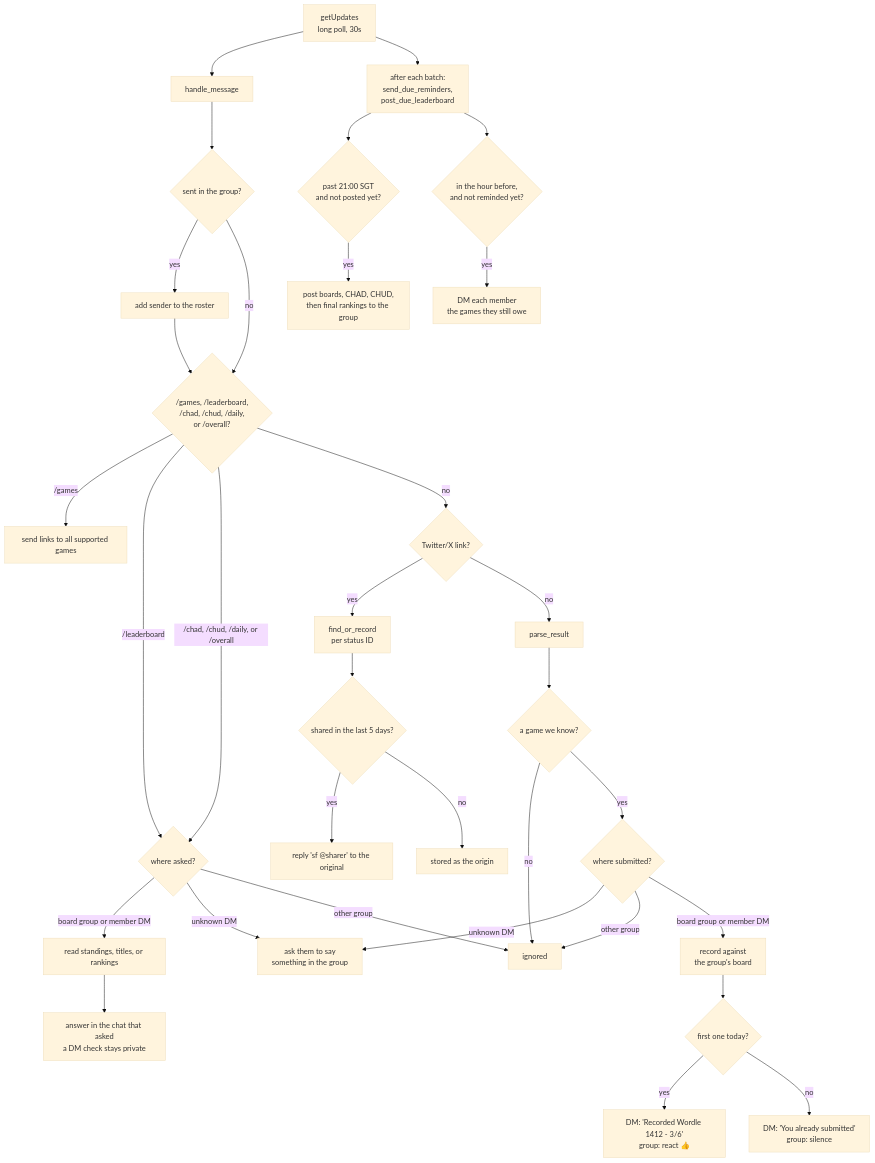
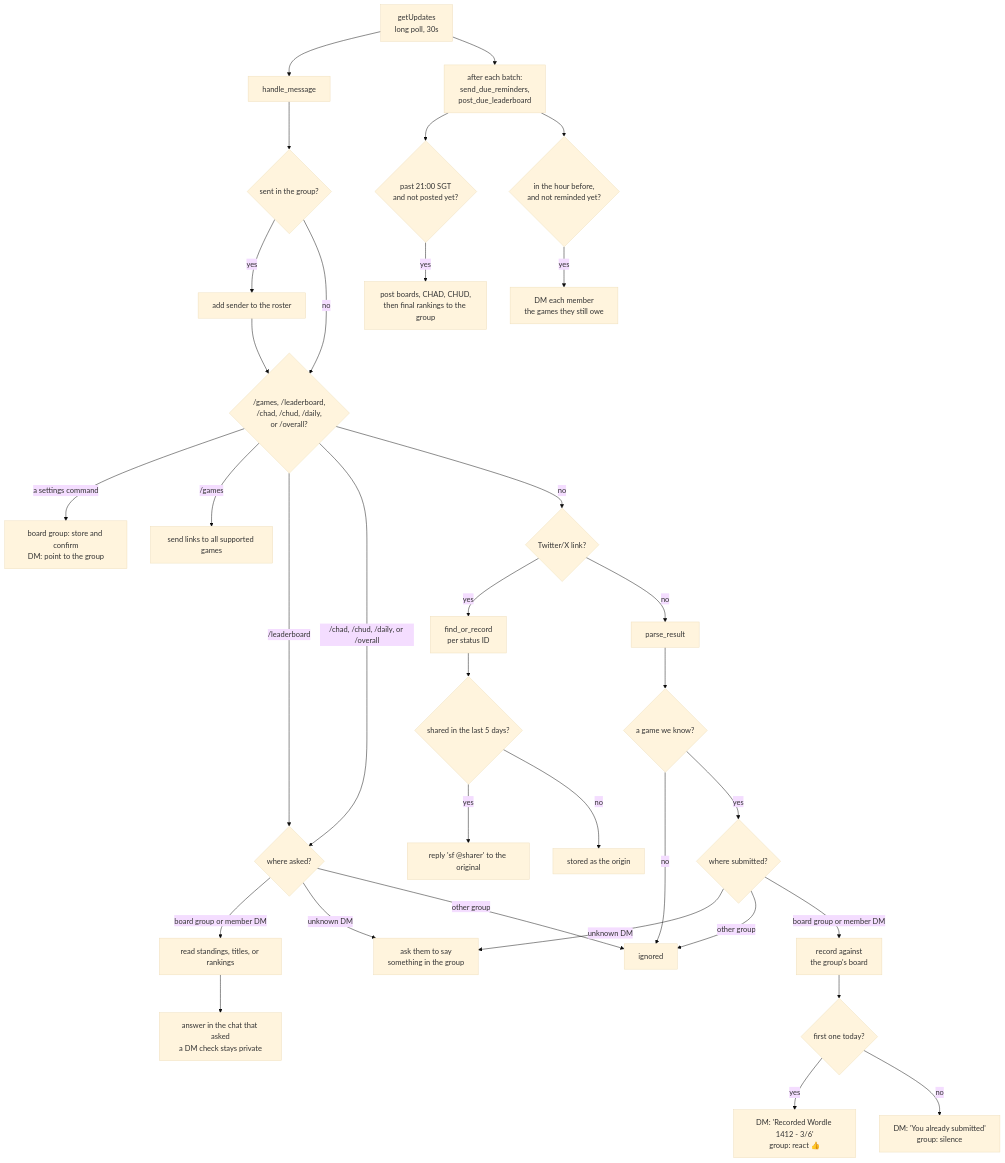
One commit to kienanana/sfbot changed the diagram in README.md. Above: the diagram before and after it, drawn with Mermaid (base theme). The commit also changed other lines of this file and 10 other files, not shown here.

````diff
--- a/README.md
+++ b/README.md
@@ -82,41 +152,42 @@
 ```mermaid
 flowchart TD
     A["getUpdates<br/>long poll, 30s"] --> B["handle_message"]
 
     B --> Z{"sent in the group?"}
     Z -->|yes| Z2["add sender to the roster"]
     Z2 --> C
     Z -->|no| C
 
     C{"/games, /leaderboard,<br/>/chad, /chud, /daily,<br/>or /overall?"}
+    C -->|a settings command| SET["board group: store and confirm<br/>DM: point to the group"]
     C -->|/games| D4["send links to all supported games"]
     C -->|/leaderboard| D{"where asked?"}
     C -->|/chad, /chud, /daily, or /overall| D
     D -->|board group or member DM| D3["read standings, titles, or rankings"]
     D -->|unknown DM| D2["ask them to say<br/>something in the group"]
     D -->|other group| M
     D3 --> E["answer in the chat that asked<br/>a DM check stays private"]
 
     C -->|no| F{"Twitter/X link?"}
     F -->|yes| G["find_or_record<br/>per status ID"]
     G --> H{"shared in the last 5 days?"}
     H -->|yes| I["reply 'sf @sharer' to the original"]
     H -->|no| J["stored as the origin"]
 
     F -->|no| K["parse_result"]
     K --> L{"a game we know?"}
     L -->|no| M["ignored"]
     L -->|yes| L2{"where submitted?"}
     L2 -->|unknown DM| D2
     L2 -->|other group| M
     L2 -->|board group or member DM| N["record against<br/>the group's board"]
     N --> O{"first one today?"}
     O -->|yes| P["DM: 'Recorded Wordle 1412 - 3/6'<br/>group: react 👍"]
     O -->|no| Q["DM: 'You already submitted'<br/>group: silence"]
 
     A --> R["after each batch:<br/>send_due_reminders,<br/>post_due_leaderboard"]
     R --> S{"past 21:00 SGT<br/>and not posted yet?"}
     S -->|yes| T["post boards, CHAD, CHUD,<br/>then final rankings to the group"]
     R --> U{"in the hour before,<br/>and not reminded yet?"}
     U -->|yes| V["DM each member<br/>the games they still owe"]
 ```
````
